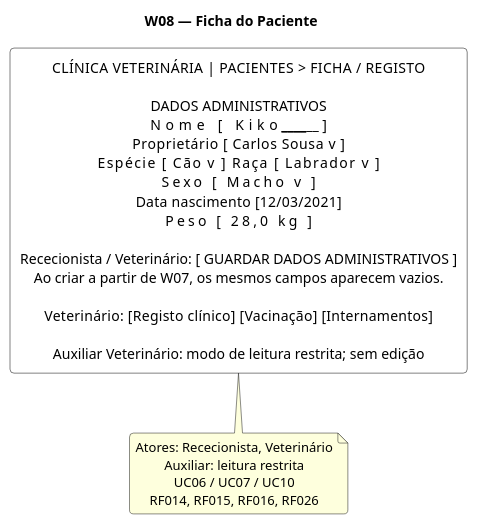
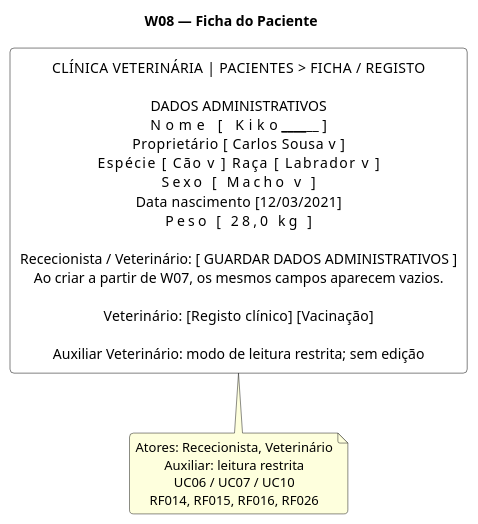
Before and after one commit to LEI-LDS-2026-2027-G08/LEI-Grupo-de-LDS-UTPORTO: the ninth of 20 diagrams in 04-artefactos-tecnicos/04.10-prototipos-de-interfaces/m3-prototipo-baixa-fidelidade-v02.md, drawn with PlantUML. The commit also changed other lines of this file, not shown here.

````diff
--- a/04-artefactos-tecnicos/04.10-prototipos-de-interfaces/m3-prototipo-baixa-fidelidade-v02.md
+++ b/04-artefactos-tecnicos/04.10-prototipos-de-interfaces/m3-prototipo-baixa-fidelidade-v02.md
@@ -347,23 +345,23 @@
 ```plantuml {kroki=true}
 @startuml
 skinparam shadowing false
 skinparam roundcorner 8
 skinparam defaultTextAlignment center
 skinparam rectangle {
   BackgroundColor white
   BorderColor black
   FontColor black
 }
 
 title W08 — Ficha do Paciente
 
-rectangle "CLÍNICA VETERINÁRIA   |   PACIENTES > FICHA / REGISTO\n\nDADOS ADMINISTRATIVOS\nNome              [ Kiko ______________________ ]\nProprietário      [ Carlos Sousa v ]\nEspécie           [ Cão v ]     Raça [ Labrador v ]\nSexo              [ Macho v ]\nData nascimento   [12/03/2021]\nPeso              [ 28,0 kg ]\n\nRececionista / Veterinário: [ GUARDAR DADOS ADMINISTRATIVOS ]\nAo criar a partir de W07, os mesmos campos aparecem vazios.\n\nVeterinário: [Registo clínico]   [Vacinação]   [Internamentos]\n\nAuxiliar Veterinário: modo de leitura restrita; sem edição" as SCREEN
+rectangle "CLÍNICA VETERINÁRIA   |   PACIENTES > FICHA / REGISTO\n\nDADOS ADMINISTRATIVOS\nNome              [ Kiko ______________________ ]\nProprietário      [ Carlos Sousa v ]\nEspécie           [ Cão v ]     Raça [ Labrador v ]\nSexo              [ Macho v ]\nData nascimento   [12/03/2021]\nPeso              [ 28,0 kg ]\n\nRececionista / Veterinário: [ GUARDAR DADOS ADMINISTRATIVOS ]\nAo criar a partir de W07, os mesmos campos aparecem vazios.\n\nVeterinário: [Registo clínico]   [Vacinação]\n\nAuxiliar Veterinário: modo de leitura restrita; sem edição" as SCREEN
 
 note bottom of SCREEN
 Atores: Rececionista, Veterinário
 Auxiliar: leitura restrita
 UC06 / UC07 / UC10
 RF014, RF015, RF016, RF026
 end note
 @enduml
 ```
````
